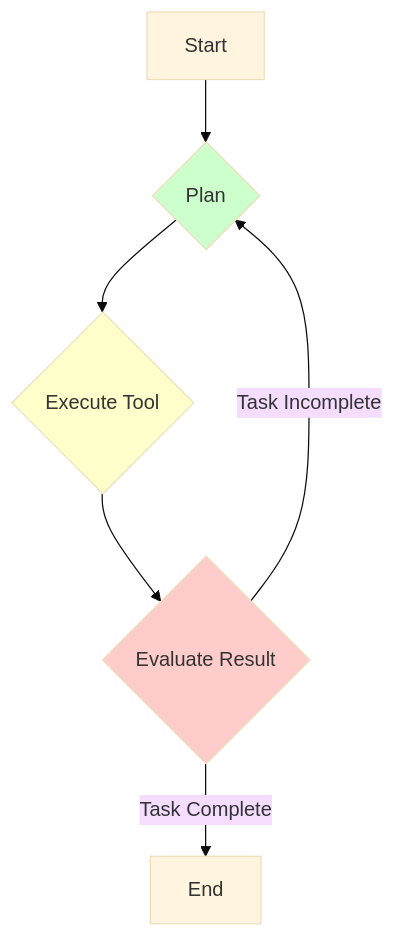
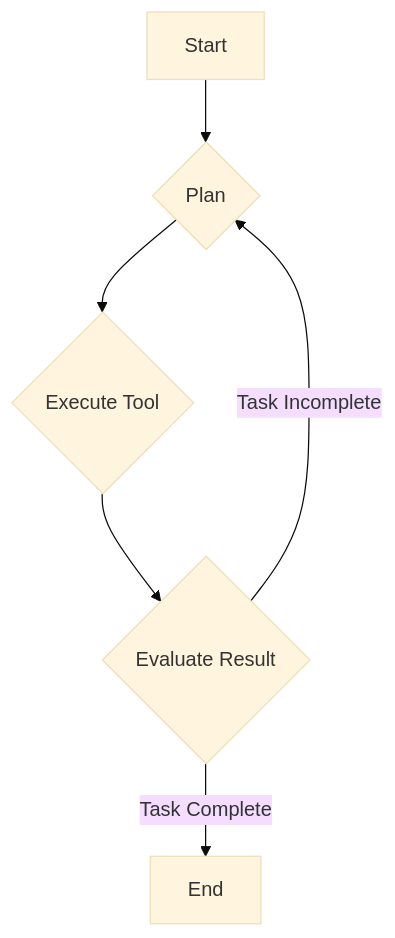
Before and after one commit to harimkang/ai-engineer-guide: the diagram in docs/5-agentic-ai/5-2-프레임워크-라이브러리/langchain-and-langgraph.md, drawn with Mermaid (base theme). The commit also changed 45 other files, not shown here.

````diff
--- a/docs/5-agentic-ai/5-2-프레임워크-라이브러리/langchain-and-langgraph.md
+++ b/docs/5-agentic-ai/5-2-프레임워크-라이브러리/langchain-and-langgraph.md
@@ -41,12 +41,8 @@
 ```mermaid
 graph TD
     A[Start] --> B{Plan};
     B --> C{Execute Tool};
     C --> D{Evaluate Result};
     D -- Task Incomplete --> B;
     D -- Task Complete --> E[End];
-
-    style B fill:#ccffcc
-    style C fill:#ffffcc
-    style D fill:#ffcccc
 ```
````
